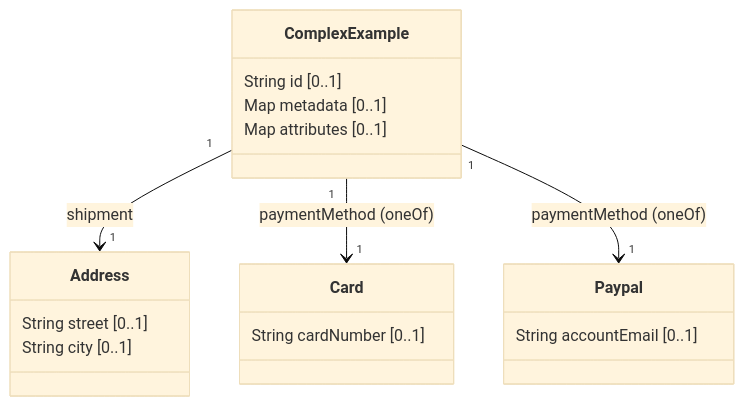
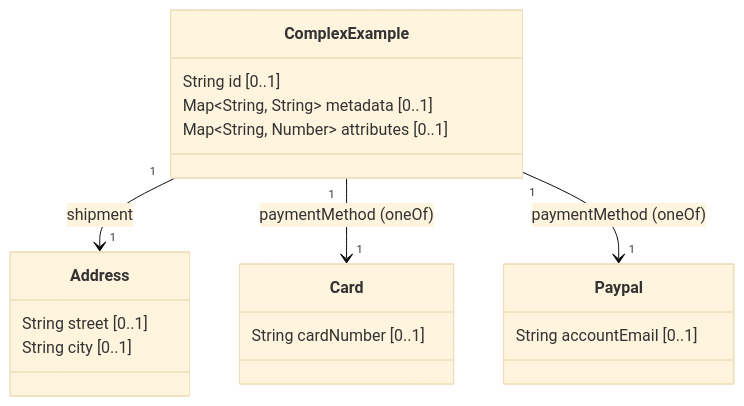
One commit to flemming-n-larsen/JSONSchema-to-Mermaid changed the fifth of 9 diagrams in README.md. Above: the diagram before and after it, drawn with Mermaid (base theme). The commit also changed other lines of this file and 2 other files, not shown here.

Commit message:
Fix required property checks and update Mermaid output format for maps

````diff
--- a/README.md
+++ b/README.md
@@ -270,22 +340,22 @@
 ```mermaid
 classDiagram
-  class ComplexExample {
-    String id [0..1]
-    Map<String,String> metadata [0..1]
-    Map<String,Number> attributes [0..1]
-  }
-  class Address {
-    String street [0..1]
-    String city [0..1]
-  }
-  class Card {
-    String cardNumber [0..1]
-  }
-  class Paypal {
-    String accountEmail [0..1]
-  }
+    class ComplexExample {
+        String id [0..1]
+        Map~String, String~ metadata [0..1]
+        Map~String, Number~ attributes [0..1]
+    }
+    class Address {
+        String street [0..1]
+        String city [0..1]
+    }
+    class Card {
+        String cardNumber [0..1]
+    }
+    class Paypal {
+        String accountEmail [0..1]
+    }
 
-  ComplexExample "1" --> "1" Address : shipment
-  ComplexExample "1" --> "1" Card : paymentMethod (oneOf)
-  ComplexExample "1" --> "1" Paypal : paymentMethod (oneOf)
+    ComplexExample "1" --> "1" Address: shipment
+    ComplexExample "1" --> "1" Card: paymentMethod (oneOf)
+    ComplexExample "1" --> "1" Paypal: paymentMethod (oneOf)
 ```
````
